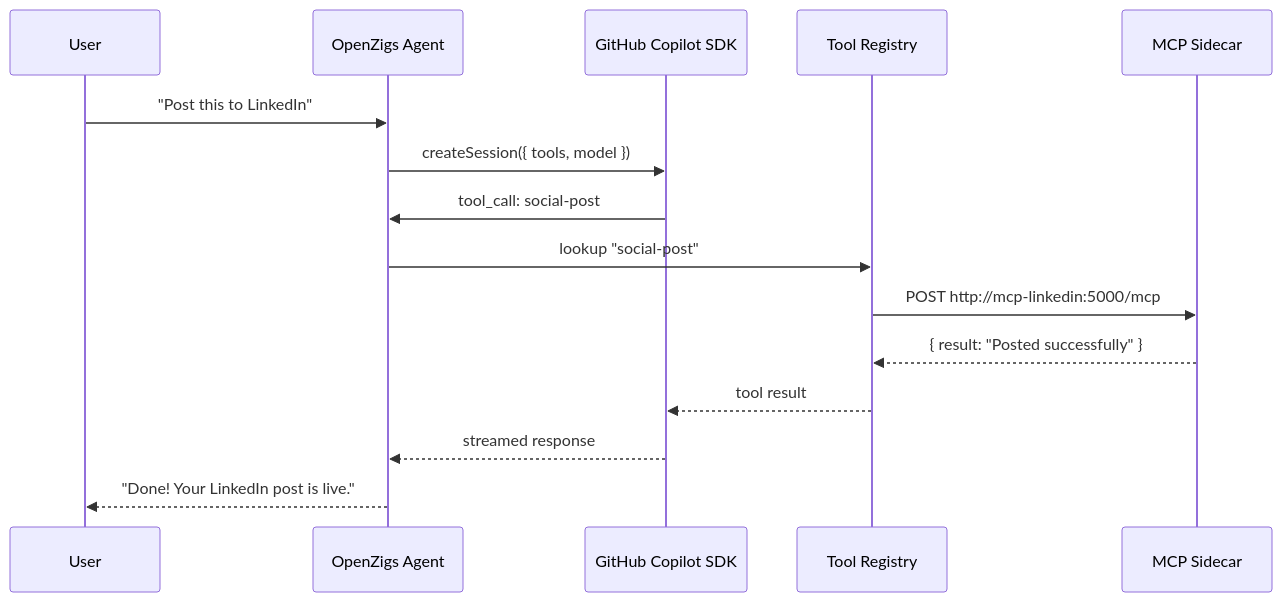
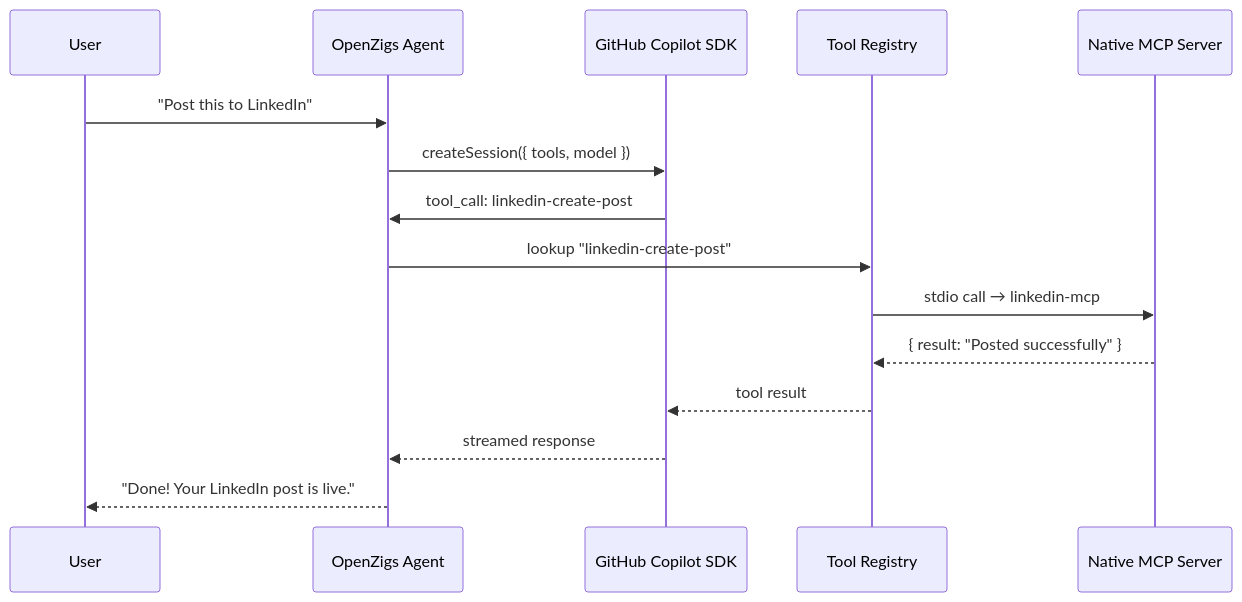
Before and after one commit to openzigs/openzigs: the third of 13 diagrams in docs/ARCHITECTURE.md, drawn with Mermaid. The commit also changed other lines of this file and 60 other files, not shown here.

First line of the commit message:
feat(social-brain): complete multi-platform MCP overhaul (#299)

````diff
--- a/docs/ARCHITECTURE.md
+++ b/docs/ARCHITECTURE.md
@@ -401,18 +408,18 @@
 ```mermaid
 sequenceDiagram
     participant User
     participant OpenZigs as OpenZigs Agent
     participant SDK as GitHub Copilot SDK
     participant Registry as Tool Registry
-    participant Sidecar as MCP Sidecar
+    participant NativeMCP as Native MCP Server
 
     User->>OpenZigs: "Post this to LinkedIn"
     OpenZigs->>SDK: createSession({ tools, model })
-    SDK->>OpenZigs: tool_call: social-post
-    OpenZigs->>Registry: lookup "social-post"
-    Registry->>Sidecar: POST http://mcp-linkedin:5000/mcp
-    Sidecar-->>Registry: { result: "Posted successfully" }
+    SDK->>OpenZigs: tool_call: linkedin-create-post
+    OpenZigs->>Registry: lookup "linkedin-create-post"
+    Registry->>NativeMCP: stdio call → linkedin-mcp
+    NativeMCP-->>Registry: { result: "Posted successfully" }
     Registry-->>SDK: tool result
     SDK-->>OpenZigs: streamed response
     OpenZigs-->>User: "Done! Your LinkedIn post is live."
 ```
````
